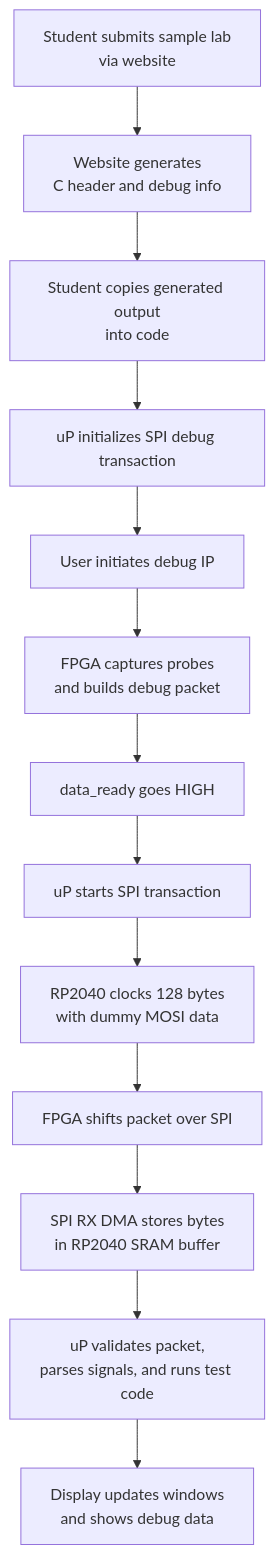
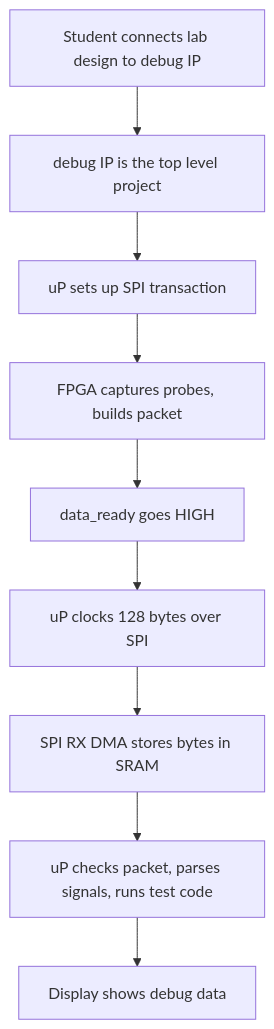
One commit to daphnecalin/pld-de10 changed the diagram in README.md. Above: the diagram before and after it, drawn with Mermaid. The commit also changed other lines of this file, not shown here.

````diff
--- a/README.md
+++ b/README.md
@@ -22,23 +24,11 @@
 ```mermaid
 flowchart TD
-    A["Student submits sample lab
-via website"] --> B["Website generates
-C header and debug info"]
-    B --> C["Student copies generated output
-into code"]
-    C --> D["uP initializes SPI debug transaction"]
-    D --> E["User initiates debug IP"]
-    E --> F["FPGA captures probes
-and builds debug packet"]
-    F --> G["data_ready goes HIGH"]
-    G --> H["uP starts SPI transaction"]
-    H --> I["RP2040 clocks 128 bytes
-with dummy MOSI data"]
-    I --> J["FPGA shifts packet over SPI"]
-    J --> K["SPI RX DMA stores bytes
-in RP2040 SRAM buffer"]
-    K --> L["uP validates packet,
-parses signals, and runs test code"]
-    L --> M["Display updates windows
-and shows debug data"]
+    A["Student connects lab design to debug IP"] --> B["debug IP is the top level project"]
+    B --> C["uP sets up SPI transaction"]
+    C --> D["FPGA captures probes, builds packet"]
+    D --> E["data_ready goes HIGH"]
+    E --> F["uP clocks 128 bytes over SPI"]
+    F --> G["SPI RX DMA stores bytes in SRAM"]
+    G --> H["uP checks packet, parses signals, runs test code"]
+    H --> I["Display shows debug data"]
 ```
````
